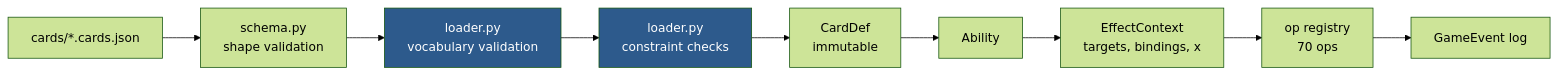
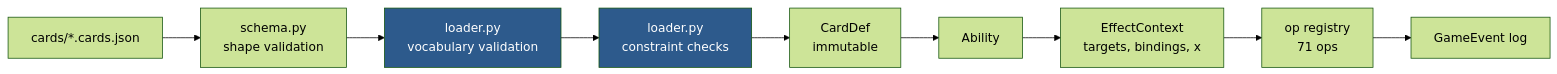
One commit to TylerGauntlett/commander-blitz changed the diagram in docs/card-dsl.md. Above: the diagram before and after it, drawn with Mermaid (forest theme). The commit also changed other lines of this file and 8 other files, not shown here.

````diff
--- a/docs/card-dsl.md
+++ b/docs/card-dsl.md
@@ -6,14 +6,14 @@
 ```mermaid
 flowchart LR
     json["cards/*.cards.json"] --> pydantic["schema.py<br/>shape validation"]
     pydantic --> vocab["loader.py<br/>vocabulary validation"]
     vocab --> constraints["loader.py<br/>constraint checks"]
     constraints --> carddef["CardDef<br/>immutable"]
     carddef --> ability["Ability"]
     ability --> ctx["EffectContext<br/>targets, bindings, x"]
-    ctx --> ops["op registry<br/>70 ops"]
+    ctx --> ops["op registry<br/>71 ops"]
     ops --> events["GameEvent log"]
 
     style vocab fill:#2d5a8c,color:#fff
     style constraints fill:#2d5a8c,color:#fff
 ```
````
